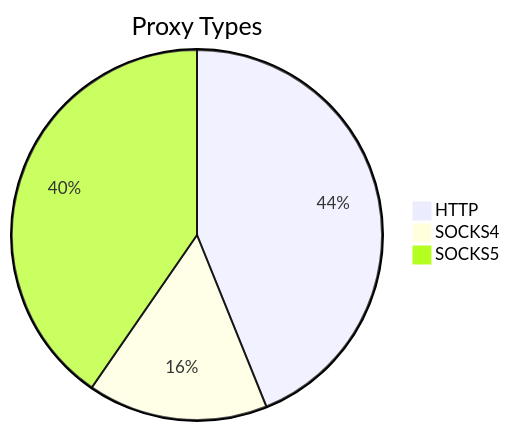
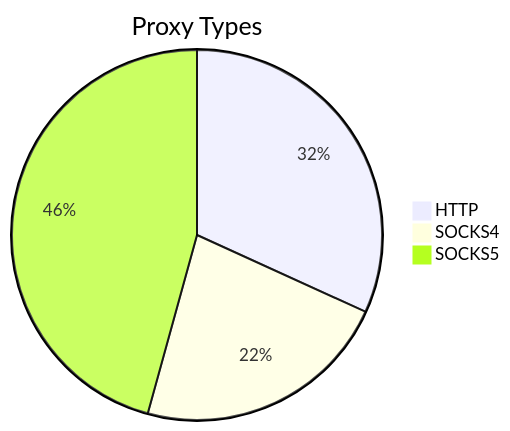
Before and after one commit to stormsia/proxy-list: the first of 2 diagrams in README.md, drawn with Mermaid. The commit also changed other lines of this file, not shown here.

````diff
--- a/README.md
+++ b/README.md
@@ -21,6 +21,6 @@
 ```mermaid
 pie title Proxy Types
-    "HTTP" : 226
-    "SOCKS4" : 81
-    "SOCKS5" : 208
+    "HTTP" : 256
+    "SOCKS4" : 181
+    "SOCKS5" : 368
 ```
````
